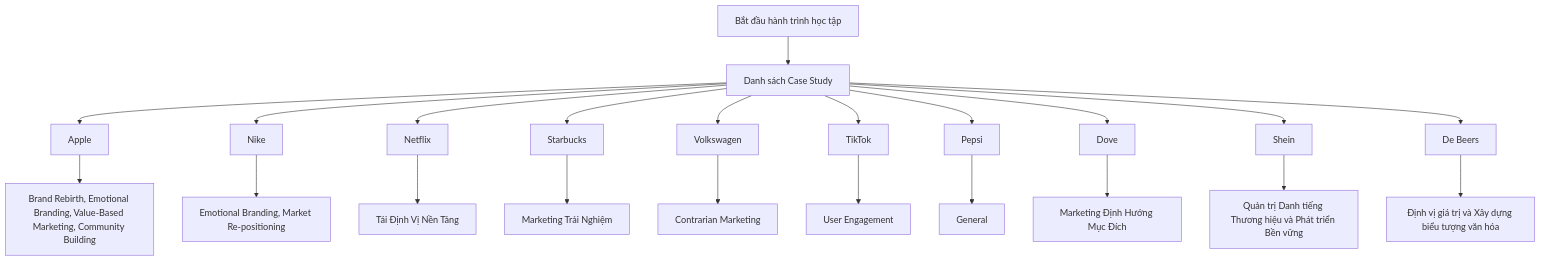
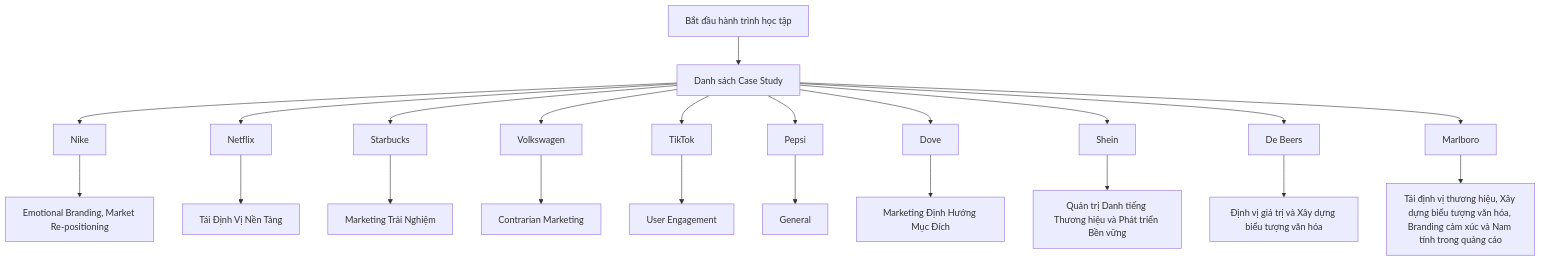
One commit to quy2003/daily-marketing-cases changed the diagram in README.md. Above: the diagram before and after it, drawn with Mermaid. The commit also changed other lines of this file and 3 other files, not shown here.

Commit message:
chore: auto-generate daily marketing case & podcast [skip ci]

````diff
--- a/README.md
+++ b/README.md
@@ -25,24 +25,24 @@
 ```mermaid
 graph TD
     Start[Bắt đầu hành trình học tập] --> DailyCases[Danh sách Case Study]
-    DailyCases --> Apple["Apple"]
-    Apple --> BrandRebirthEmotionalBrandingValueBasedMarketingCommunityBuilding["Brand Rebirth, Emotional Branding, Value-Based Marketing, Community Building"]
     DailyCases --> Nike["Nike"]
     Nike --> EmotionalBrandingMarketRepositioning["Emotional Branding, Market Re-positioning"]
     DailyCases --> Netflix["Netflix"]
     Netflix --> TinhVNnTng["Tái Định Vị Nền Tảng"]
     DailyCases --> Starbucks["Starbucks"]
     Starbucks --> MarketingTriNghim["Marketing Trải Nghiệm"]
     DailyCases --> Volkswagen["Volkswagen"]
     Volkswagen --> ContrarianMarketing["Contrarian Marketing"]
     DailyCases --> TikTok["TikTok"]
     TikTok --> UserEngagement["User Engagement"]
     DailyCases --> Pepsi["Pepsi"]
     Pepsi --> General["General"]
     DailyCases --> Dove["Dove"]
     Dove --> MarketingnhHngMcch["Marketing Định Hướng Mục Đích"]
     DailyCases --> Shein["Shein"]
     Shein --> QuntrDanhtingThnghiuvPhttrinBnvng["Quản trị Danh tiếng Thương hiệu và Phát triển Bền vững"]
     DailyCases --> DeBeers["De Beers"]
     DeBeers --> nhvgitrvXydngbiutngvnha["Định vị giá trị và Xây dựng biểu tượng văn hóa"]
+    DailyCases --> Marlboro["Marlboro"]
+    Marlboro --> TinhvthnghiuXydngbiutngvnhaBrandingcmxcvNamtnhtrongqungco["Tái định vị thương hiệu, Xây dựng biểu tượng văn hóa, Branding cảm xúc và Nam tính trong quảng cáo"]
 ```
````
